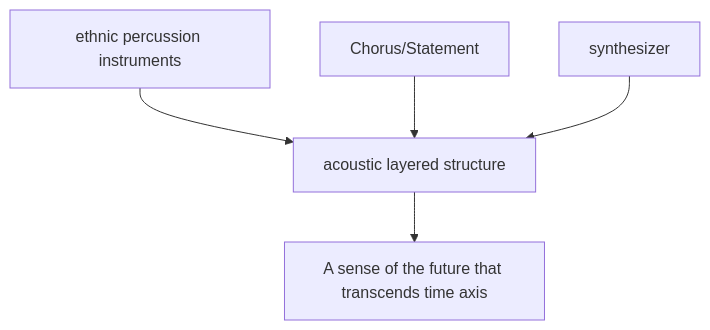
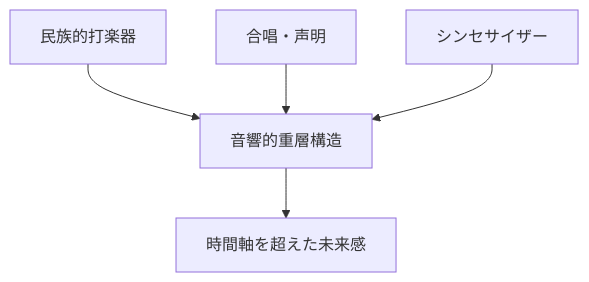
Before and after one commit to monumental-movement/monumental-movement.github.io: the second of 3 diagrams in en/_posts/2026-02-28-column-akira.md, drawn with Mermaid. The commit also changed other lines of this file and 2196 other files, not shown here.

```diff
--- a/en/_posts/2026-02-28-column-akira.md
+++ b/en/_posts/2026-02-28-column-akira.md
@@ -101,7 +100,7 @@
 <div class="mermaid">
 flowchart TD
-A[ethnic percussion instruments] --> D[acoustic layered structure]
-B[Chorus/Statement] --> D
-C[synthesizer] --> D
-D --> E[A sense of the future that transcends time axis]
+A[民族的打楽器] --> D[音響的重層構造]
+B[合唱・声明] --> D
+C[シンセサイザー] --> D
+D --> E[時間軸を超えた未来感]
 </div>
```
